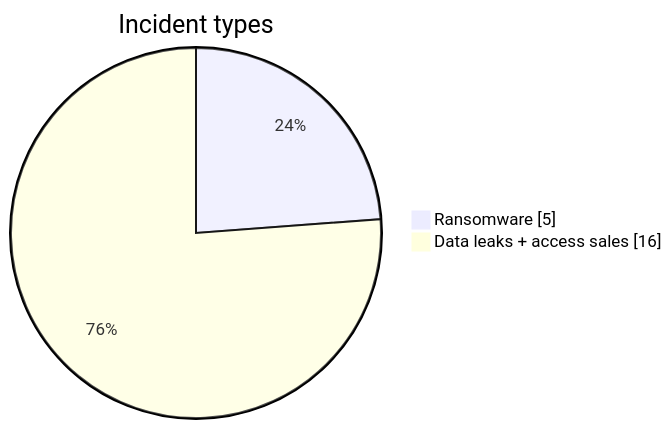
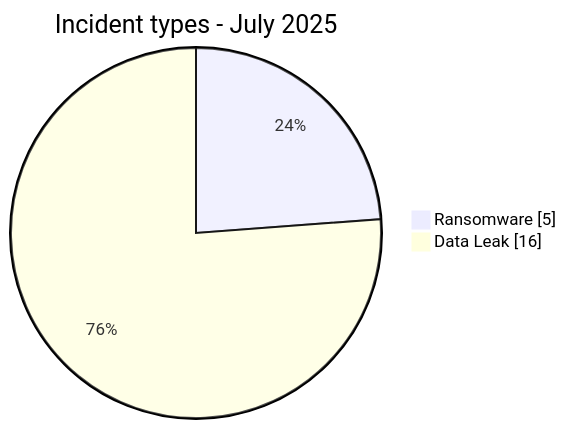
One commit to Hatchepsoute/AFRINTEL changed the first of 3 diagrams in CyberAttackAfrica/2025/07-july/README.md. Above: the diagram before and after it, drawn with Mermaid. The commit also changed other lines of this file and 35 other files, not shown here.

````diff
--- a/CyberAttackAfrica/2025/07-july/README.md
+++ b/CyberAttackAfrica/2025/07-july/README.md
@@ -145,6 +71,6 @@
 ```mermaid
 pie showData
-    title Incident types
+    title Incident types - July 2025
     "Ransomware" : 5
-    "Data leaks + access sales" : 16
+    "Data Leak" : 16
 ```
````
